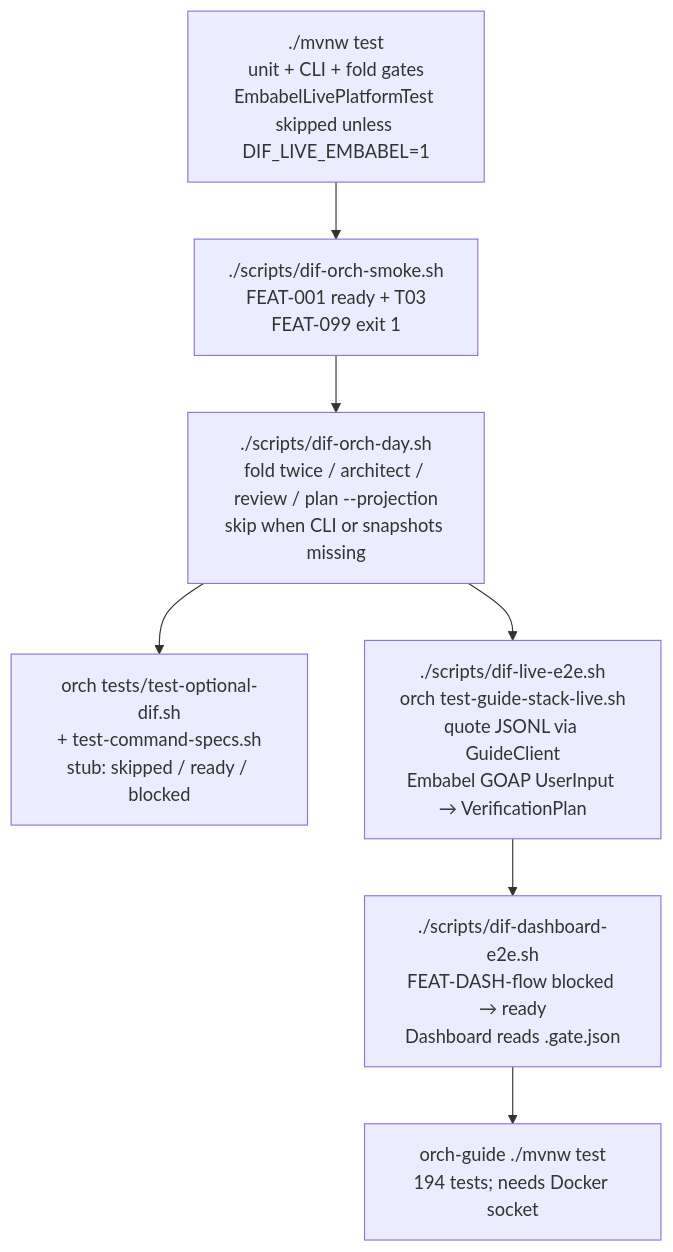
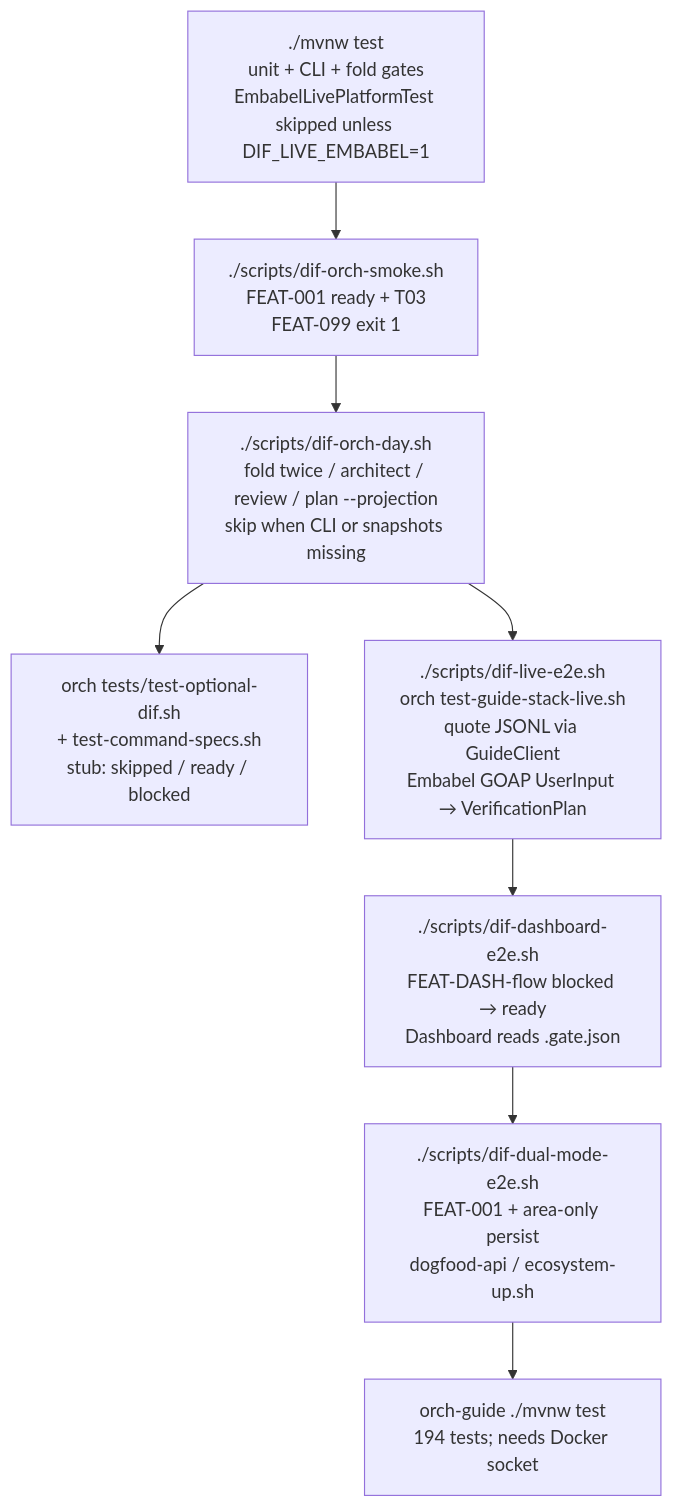
Before and after one commit to jmjava/embabel-dif: the second of 8 diagrams in README.md, drawn with Mermaid. The commit also changed other lines of this file and 9 other files, not shown here.

First line of the commit message:
Bootstrap the full ecosystem on dogfood-api. (#16)

````diff
--- a/README.md
+++ b/README.md
@@ -172,16 +174,18 @@
 ```mermaid
 flowchart TB
   unit["./mvnw test<br/>unit + CLI + fold gates<br/>EmbabelLivePlatformTest skipped unless DIF_LIVE_EMBABEL=1"]
   smoke["./scripts/dif-orch-smoke.sh<br/>FEAT-001 ready + T03<br/>FEAT-099 exit 1"]
   day["./scripts/dif-orch-day.sh<br/>fold twice / architect / review / plan --projection<br/>skip when CLI or snapshots missing"]
   attach["orch tests/test-optional-dif.sh<br/>+ test-command-specs.sh<br/>stub: skipped / ready / blocked"]
   live["./scripts/dif-live-e2e.sh<br/>orch test-guide-stack-live.sh<br/>quote JSONL via GuideClient<br/>Embabel GOAP UserInput → VerificationPlan"]
   dash["./scripts/dif-dashboard-e2e.sh<br/>FEAT-DASH-flow blocked → ready<br/>Dashboard reads .gate.json"]
+  dual["./scripts/dif-dual-mode-e2e.sh<br/>FEAT-001 + area-only persist<br/>dogfood-api / ecosystem-up.sh"]
   guideMvn["orch-guide ./mvnw test<br/>194 tests; needs Docker socket"]
 
   unit --> smoke --> day
   day --> attach
   day --> live
   live --> dash
-  dash --> guideMvn
+  dash --> dual
+  dual --> guideMvn
 ```
````
